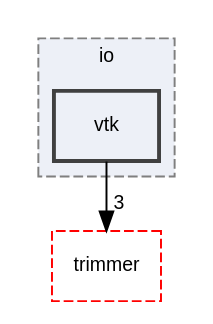
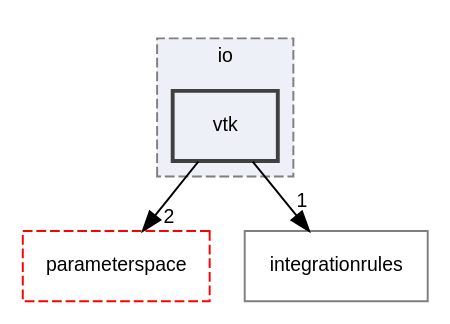
The diagram in dir_0185853483cd959150fdf3c8210a5831_dep.dot (rath3t/dune-iga-doc), drawn with Graphviz before and after one commit. The commit also changed 1721 other files, not shown here.

```diff
--- a/dir_0185853483cd959150fdf3c8210a5831_dep.dot
+++ b/dir_0185853483cd959150fdf3c8210a5831_dep.dot
@@ -1,13 +1,15 @@
 digraph "vtk"
 {
  // LATEX_PDF_SIZE
   edge [fontname="Helvetica",fontsize="10",labelfontname="Helvetica",labelfontsize="10"];
   node [fontname="Helvetica",fontsize="10",shape=record];
   compound=true
   subgraph clusterdir_c3ccff8517fbe337b2b8ad503c3a1590 {
     graph [ bgcolor="#edf0f7", pencolor="grey50", style="filled,dashed,", label="io", fontname="Helvetica", fontsize="10", URL="dir_c3ccff8517fbe337b2b8ad503c3a1590.html"]
   dir_0185853483cd959150fdf3c8210a5831 [shape=box, label="vtk", style="filled,bold,", fillcolor="#edf0f7", color="grey25", URL="dir_0185853483cd959150fdf3c8210a5831.html"];
   }
-  dir_7d0c370ab440c4b4f78419bfc8c93eb8 [shape=box, label="trimmer", style="dashed,", fillcolor="#edf0f7", color="red", URL="dir_7d0c370ab440c4b4f78419bfc8c93eb8.html"];
-  dir_0185853483cd959150fdf3c8210a5831->dir_7d0c370ab440c4b4f78419bfc8c93eb8 [headlabel="3", labeldistance=1.5 headhref="dir_000020_000017.html"];
+  dir_13898c8d649d3f4053b811aa4a00f800 [shape=box, label="parameterspace", style="dashed,", fillcolor="#edf0f7", color="red", URL="dir_13898c8d649d3f4053b811aa4a00f800.html"];
+  dir_42a2323245b29c7157765c1a0813ddf2 [shape=box, label="integrationrules", style="", fillcolor="#edf0f7", color="grey50", URL="dir_42a2323245b29c7157765c1a0813ddf2.html"];
+  dir_0185853483cd959150fdf3c8210a5831->dir_13898c8d649d3f4053b811aa4a00f800 [headlabel="2", labeldistance=1.5 headhref="dir_000020_000014.html"];
+  dir_0185853483cd959150fdf3c8210a5831->dir_42a2323245b29c7157765c1a0813ddf2 [headlabel="1", labeldistance=1.5 headhref="dir_000020_000012.html"];
 }
```
